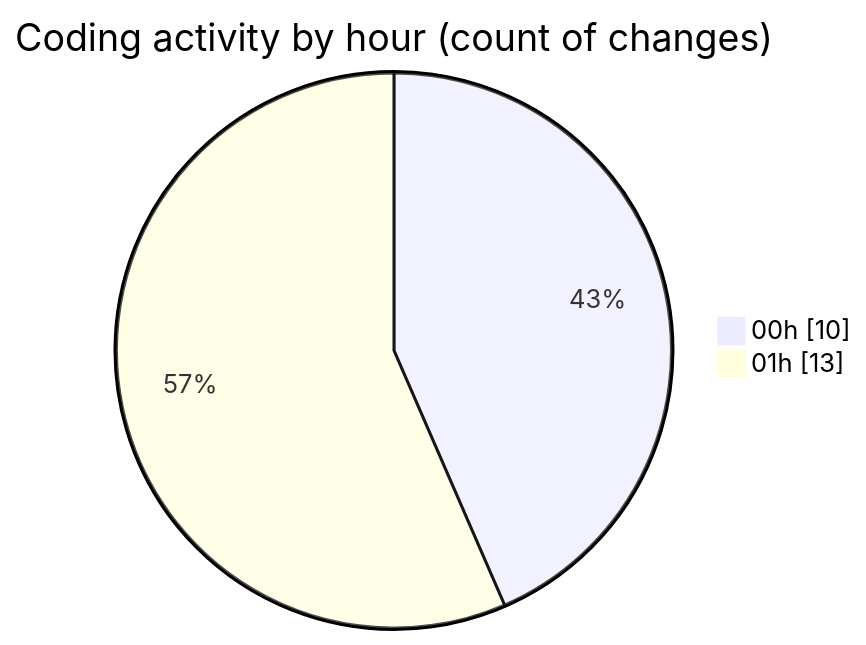
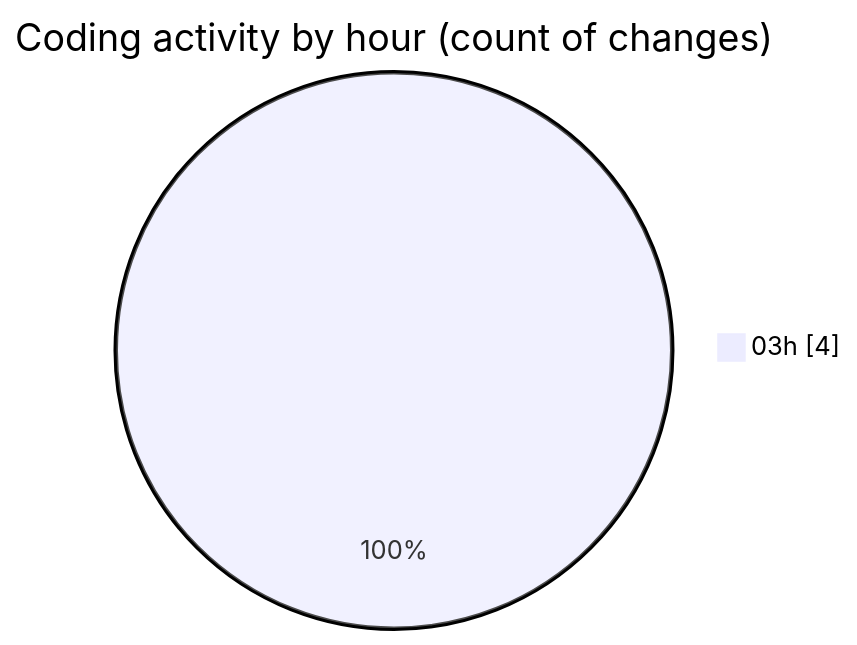
Before and after one commit to ernivani/code-tracking: the second of 2 diagrams in 2024-12-30/my-code-activity-ext/README.md, drawn with Mermaid. The commit also changed other lines of this file and 7 other files, not shown here.

````diff
--- a/2024-12-30/my-code-activity-ext/README.md
+++ b/2024-12-30/my-code-activity-ext/README.md
@@ -41,6 +28,5 @@
 ```mermaid
 pie showData
 title Coding activity by hour (count of changes)
-"00h" : 10
-"01h" : 13
+"03h" : 4
 ```
````
